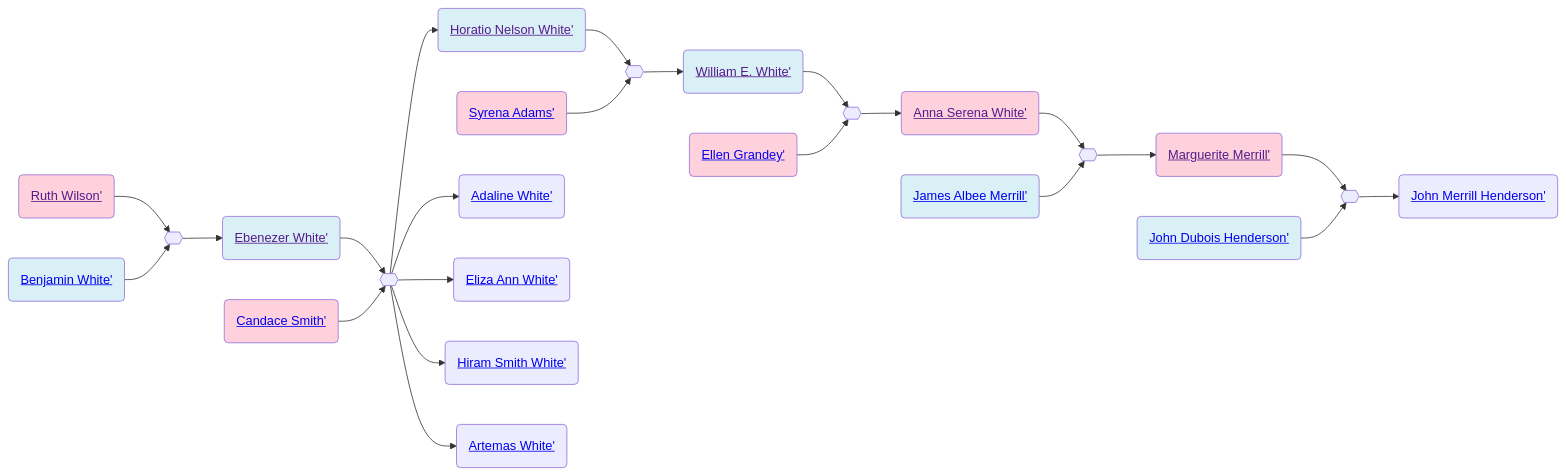
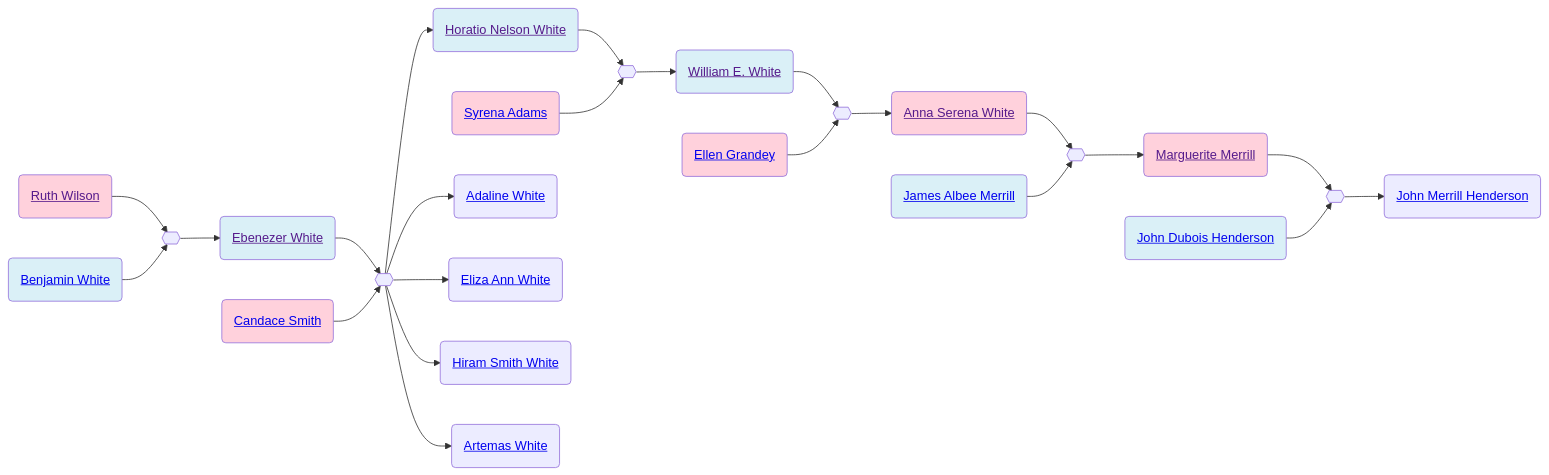
One commit to neelsmith/avocational changed the diagram in familyhistory/sources/people/Merrill-line/White-line/Wilson-line/Ruth_Wilson.qmd. Above: the diagram before and after it, drawn with Mermaid. The commit also changed 96 other files, not shown here.

````diff
--- a/familyhistory/sources/people/Merrill-line/White-line/Wilson-line/Ruth_Wilson.qmd
+++ b/familyhistory/sources/people/Merrill-line/White-line/Wilson-line/Ruth_Wilson.qmd
@@ -26,56 +26,56 @@
 ```{mermaid}
 graph LR
 %% LR descendant diagram
 class Ruth_Wilson_and_Benjamin_White marriage
-Ruth_Wilson(<a href=''>Ruth Wilson'</>) --> Ruth_Wilson_and_Benjamin_White{{ }}
-Benjamin_White(<a href='./../Benjamin_White.html'>Benjamin White'</>) --> Ruth_Wilson_and_Benjamin_White{{ }}
+Ruth_Wilson(<a href=''>Ruth Wilson</a>) --> Ruth_Wilson_and_Benjamin_White{{ }}
+Benjamin_White(<a href='./../Benjamin_White.html'>Benjamin White</a>) --> Ruth_Wilson_and_Benjamin_White{{ }}
 class Benjamin_White father
 class Ruth_Wilson mother
-Ruth_Wilson_and_Benjamin_White{{ }} --> Ebenezer_White(<a href='./../Ebenezer_White.html'>Ebenezer White'</>)
+Ruth_Wilson_and_Benjamin_White{{ }} --> Ebenezer_White(<a href='./../Ebenezer_White.html'>Ebenezer White</a>)
 class Ebenezer_White_and_Candace_Smith marriage
-Ebenezer_White(<a href=''>Ebenezer White'</>) --> Ebenezer_White_and_Candace_Smith{{ }}
-Candace_Smith(<a href='./Candace-Smith-line/Candace_Smith.html'>Candace Smith'</>) --> Ebenezer_White_and_Candace_Smith{{ }}
+Ebenezer_White(<a href=''>Ebenezer White</a>) --> Ebenezer_White_and_Candace_Smith{{ }}
+Candace_Smith(<a href='./Candace-Smith-line/Candace_Smith.html'>Candace Smith</a>) --> Ebenezer_White_and_Candace_Smith{{ }}
 class Ebenezer_White father
 class Candace_Smith mother
-Ebenezer_White_and_Candace_Smith{{ }} --> Horatio_Nelson_White(<a href='./Horatio_Nelson_White.html'>Horatio Nelson White'</>)
+Ebenezer_White_and_Candace_Smith{{ }} --> Horatio_Nelson_White(<a href='./Horatio_Nelson_White.html'>Horatio Nelson White</a>)
 class Horatio_Nelson_White_and_Syrena_Adams marriage
-Horatio_Nelson_White(<a href=''>Horatio Nelson White'</>) --> Horatio_Nelson_White_and_Syrena_Adams{{ }}
-Syrena_Adams(<a href='./Syrena_Adams.html'>Syrena Adams'</>) --> Horatio_Nelson_White_and_Syrena_Adams{{ }}
+Horatio_Nelson_White(<a href=''>Horatio Nelson White</a>) --> Horatio_Nelson_White_and_Syrena_Adams{{ }}
+Syrena_Adams(<a href='./Syrena_Adams.html'>Syrena Adams</a>) --> Horatio_Nelson_White_and_Syrena_Adams{{ }}
 class Horatio_Nelson_White father
 class Syrena_Adams mother
-Horatio_Nelson_White_and_Syrena_Adams{{ }} --> William_E._White(<a href='./William_E._White.html'>William E. White'</>)
+Horatio_Nelson_White_and_Syrena_Adams{{ }} --> William_E._White(<a href='./William_E._White.html'>William E. White</a>)
 class William_E._White_and_Ellen_Grandey marriage
-William_E._White(<a href=''>William E. White'</>) --> William_E._White_and_Ellen_Grandey{{ }}
-Ellen_Grandey(<a href='./../Grandey-line/Ellen_Grandey.html'>Ellen Grandey'</>) --> William_E._White_and_Ellen_Grandey{{ }}
+William_E._White(<a href=''>William E. White</a>) --> William_E._White_and_Ellen_Grandey{{ }}
+Ellen_Grandey(<a href='./../Grandey-line/Ellen_Grandey.html'>Ellen Grandey</a>) --> William_E._White_and_Ellen_Grandey{{ }}
 class William_E._White father
 class Ellen_Grandey mother
-William_E._White_and_Ellen_Grandey{{ }} --> Anna_Serena_White(<a href='./Anna_Serena_White.html'>Anna Serena White'</>)
+William_E._White_and_Ellen_Grandey{{ }} --> Anna_Serena_White(<a href='./Anna_Serena_White.html'>Anna Serena White</a>)
 class Anna_Serena_White_and_James_Albee_Merrill marriage
-Anna_Serena_White(<a href=''>Anna Serena White'</>) --> Anna_Serena_White_and_James_Albee_Merrill{{ }}
-James_Albee_Merrill(<a href='./../James_Albee_Merrill.html'>James Albee Merrill'</>) --> Anna_Serena_White_and_James_Albee_Merrill{{ }}
+Anna_Serena_White(<a href=''>Anna Serena White</a>) --> Anna_Serena_White_and_James_Albee_Merrill{{ }}
+James_Albee_Merrill(<a href='./../James_Albee_Merrill.html'>James Albee Merrill</a>) --> Anna_Serena_White_and_James_Albee_Merrill{{ }}
 class James_Albee_Merrill father
 class Anna_Serena_White mother
-Anna_Serena_White_and_James_Albee_Merrill{{ }} --> Marguerite_Merrill(<a href='./../Marguerite_Merrill.html'>Marguerite Merrill'</>)
+Anna_Serena_White_and_James_Albee_Merrill{{ }} --> Marguerite_Merrill(<a href='./../Marguerite_Merrill.html'>Marguerite Merrill</a>)
 class Marguerite_Merrill_and_John_Dubois_Henderson marriage
-Marguerite_Merrill(<a href=''>Marguerite Merrill'</>) --> Marguerite_Merrill_and_John_Dubois_Henderson{{ }}
-John_Dubois_Henderson(<a href='./../Henderson-line/John_Dubois_Henderson.html'>John Dubois Henderson'</>) --> Marguerite_Merrill_and_John_Dubois_Henderson{{ }}
+Marguerite_Merrill(<a href=''>Marguerite Merrill</a>) --> Marguerite_Merrill_and_John_Dubois_Henderson{{ }}
+John_Dubois_Henderson(<a href='./../Henderson-line/John_Dubois_Henderson.html'>John Dubois Henderson</a>) --> Marguerite_Merrill_and_John_Dubois_Henderson{{ }}
 class John_Dubois_Henderson father
 class Marguerite_Merrill mother
-Marguerite_Merrill_and_John_Dubois_Henderson{{ }} --> John_Merrill_Henderson(<a href='./../Henderson-line/John_Merrill_Henderson.html'>John Merrill Henderson'</>)
+Marguerite_Merrill_and_John_Dubois_Henderson{{ }} --> John_Merrill_Henderson(<a href='./../Henderson-line/John_Merrill_Henderson.html'>John Merrill Henderson</a>)
 class Ebenezer_White father
 class Candace_Smith mother
-Ebenezer_White_and_Candace_Smith{{ }} --> Adaline_White(<a href='./Adaline_White.html'>Adaline White'</>)
+Ebenezer_White_and_Candace_Smith{{ }} --> Adaline_White(<a href='./Adaline_White.html'>Adaline White</a>)
 class Ebenezer_White father
 class Candace_Smith mother
-Ebenezer_White_and_Candace_Smith{{ }} --> Eliza_Ann_White(<a href='./Eliza_Ann_White.html'>Eliza Ann White'</>)
+Ebenezer_White_and_Candace_Smith{{ }} --> Eliza_Ann_White(<a href='./Eliza_Ann_White.html'>Eliza Ann White</a>)
 class Ebenezer_White father
 class Candace_Smith mother
-Ebenezer_White_and_Candace_Smith{{ }} --> Hiram_Smith_White(<a href='./Hiram_Smith_White.html'>Hiram Smith White'</>)
+Ebenezer_White_and_Candace_Smith{{ }} --> Hiram_Smith_White(<a href='./Hiram_Smith_White.html'>Hiram Smith White</a>)
 class Ebenezer_White father
 class Candace_Smith mother
-Ebenezer_White_and_Candace_Smith{{ }} --> Artemas_White(<a href='./Artemas_White.html'>Artemas White'</>)
+Ebenezer_White_and_Candace_Smith{{ }} --> Artemas_White(<a href='./Artemas_White.html'>Artemas White</a>)
 classDef mother fill:#ffd1dc
 classDef father fill:#daf0f7  
 classDef marriage fill:#ffffff
 
 ```
````
